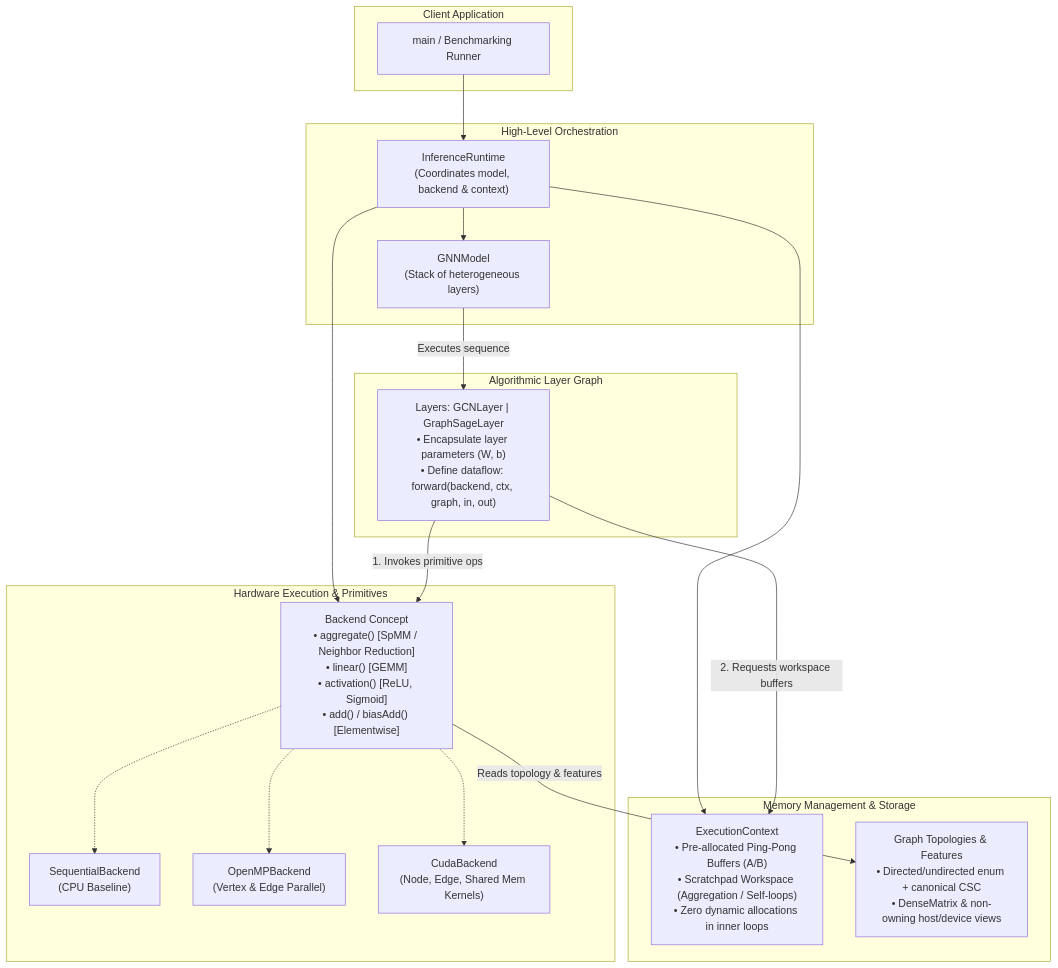
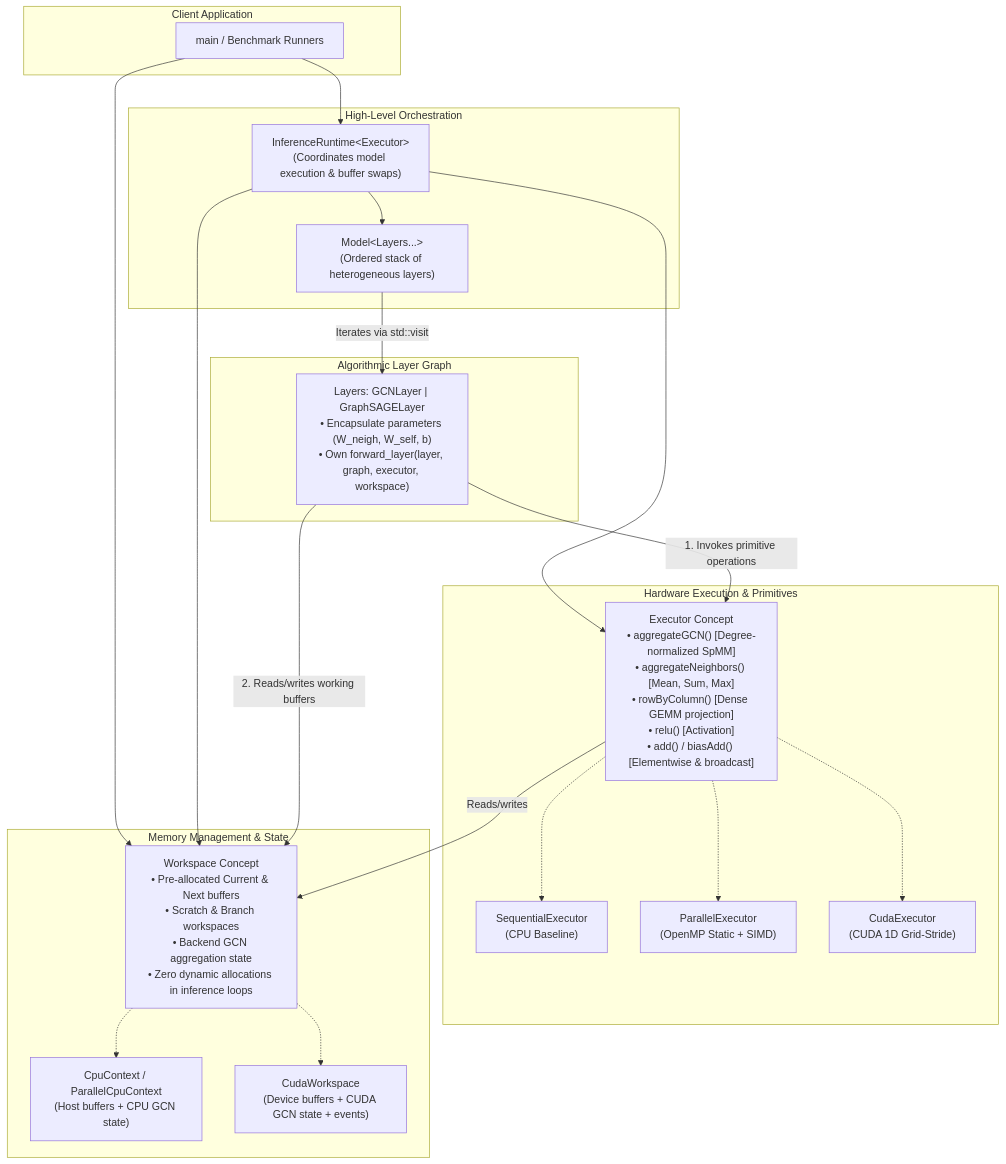
One commit to Alby02/cuda-gnn-inference changed the diagram in README.md. Above: the diagram before and after it, drawn with Mermaid. The commit also changed other lines of this file and 3 other files, not shown here.

````diff
--- a/README.md
+++ b/README.md
@@ -18,41 +18,46 @@
 ```mermaid
 flowchart TD
     subgraph Client Application
-        App["main / Benchmarking Runner"]
+        App["main / Benchmark Runners"]
     end
 
     subgraph High-Level Orchestration
-        Runtime["InferenceRuntime<br/>(Coordinates model, backend & context)"]
-        Model["GNNModel<br/>(Stack of heterogeneous layers)"]
+        Runtime["InferenceRuntime&lt;Executor&gt;<br/>(Coordinates model execution & buffer swaps)"]
+        Model["Model&lt;Layers...&gt;<br/>(Ordered stack of heterogeneous layers)"]
     end
 
     subgraph Algorithmic Layer Graph
-        Layers["Layers: GCNLayer | GraphSageLayer<br/>• Encapsulate layer parameters (W, b)<br/>• Define dataflow: forward(backend, ctx, graph, in, out)"]
+        Layers["Layers: GCNLayer | GraphSAGELayer<br/>• Encapsulate parameters (W_neigh, W_self, b)<br/>• Own forward_layer(layer, graph, executor, workspace)"]
     end
 
     subgraph Hardware Execution & Primitives
-        Backend["Backend Concept<br/>• aggregate() [SpMM / Neighbor Reduction]<br/>• linear() [GEMM]<br/>• activation() [ReLU, Sigmoid]<br/>• add() / biasAdd() [Elementwise]"]
-        SeqB["SequentialBackend<br/>(CPU Baseline)"]
-        OmpB["OpenMPBackend<br/>(Vertex & Edge Parallel)"]
-        CudaB["CudaBackend<br/>(Node, Edge, Shared Mem Kernels)"]
+        Executor["Executor Concept<br/>• aggregateGCN() [Degree-normalized SpMM]<br/>• aggregateNeighbors() [Mean, Sum, Max]<br/>• rowByColumn() [Dense GEMM projection]<br/>• relu() [Activation]<br/>• add() / biasAdd() [Elementwise & broadcast]"]
+        SeqE["SequentialExecutor<br/>(CPU Baseline)"]
+        OmpE["ParallelExecutor<br/>(OpenMP Static + SIMD)"]
+        CudaE["CudaExecutor<br/>(CUDA 1D Grid-Stride)"]
     end
 
-    subgraph Memory Management & Storage
-        Context["ExecutionContext<br/>• Pre-allocated Ping-Pong Buffers (A/B)<br/>• Scratchpad Workspace (Aggregation / Self-loops)<br/>• Zero dynamic allocations in inner loops"]
-        Graph["Graph Topologies & Features<br/>• Directed/undirected enum + canonical CSC<br/>• DenseMatrix & non-owning host/device views"]
+    subgraph Memory Management & State
+        Workspace["Workspace Concept<br/>• Pre-allocated Current & Next buffers<br/>• Scratch & Branch workspaces<br/>• Backend GCN aggregation state<br/>• Zero dynamic allocations in inference loops"]
+        CpuW["CpuContext / ParallelCpuContext<br/>(Host buffers + CPU GCN state)"]
+        CudaW["CudaWorkspace<br/>(Device buffers + CUDA GCN state + events)"]
     end
 
     App --> Runtime
+    App --> Workspace
     Runtime --> Model
-    Runtime --> Backend
-    Runtime --> Context
+    Runtime --> Executor
+    Runtime --> Workspace
 
-    Model -->|Executes sequence| Layers
-    Layers -->|"1. Invokes primitive ops"| Backend
-    Layers -->|"2. Requests workspace buffers"| Context
-    Backend -->|"Reads topology & features"| Graph
+    Model -->|Iterates via std::visit| Layers
+    Layers -->|"1. Invokes primitive operations"| Executor
+    Layers -->|"2. Reads/writes working buffers"| Workspace
+    Executor -->|"Reads/writes"| Workspace
 
-    Backend -.-> SeqB
-    Backend -.-> OmpB
-    Backend -.-> CudaB
+    Executor -.-> SeqE
+    Executor -.-> OmpE
+    Executor -.-> CudaE
+
+    Workspace -.-> CpuW
+    Workspace -.-> CudaW
 ```
````
